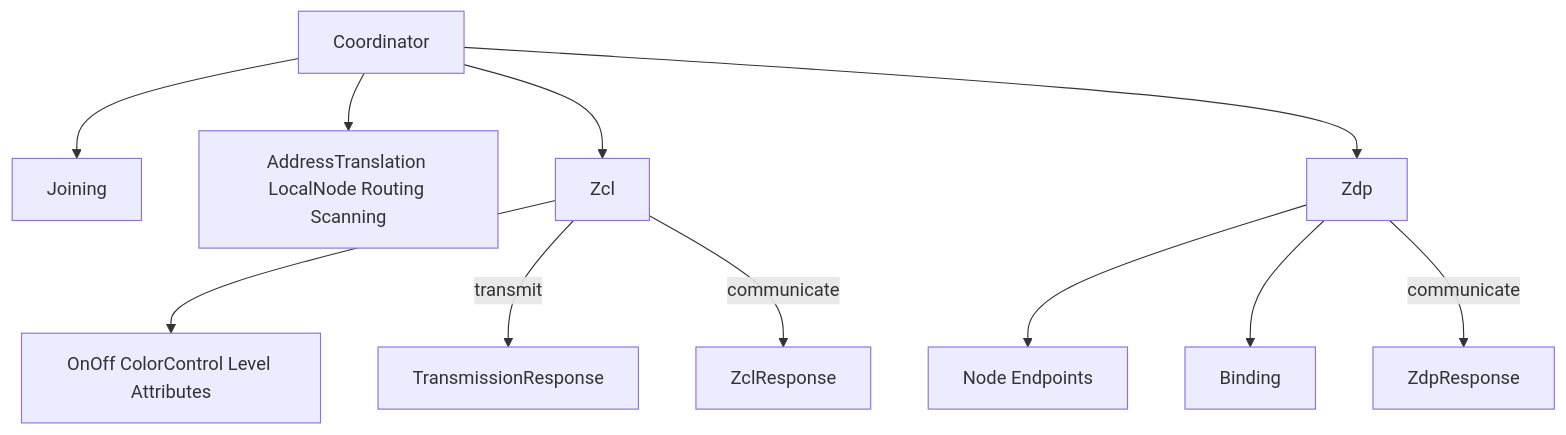
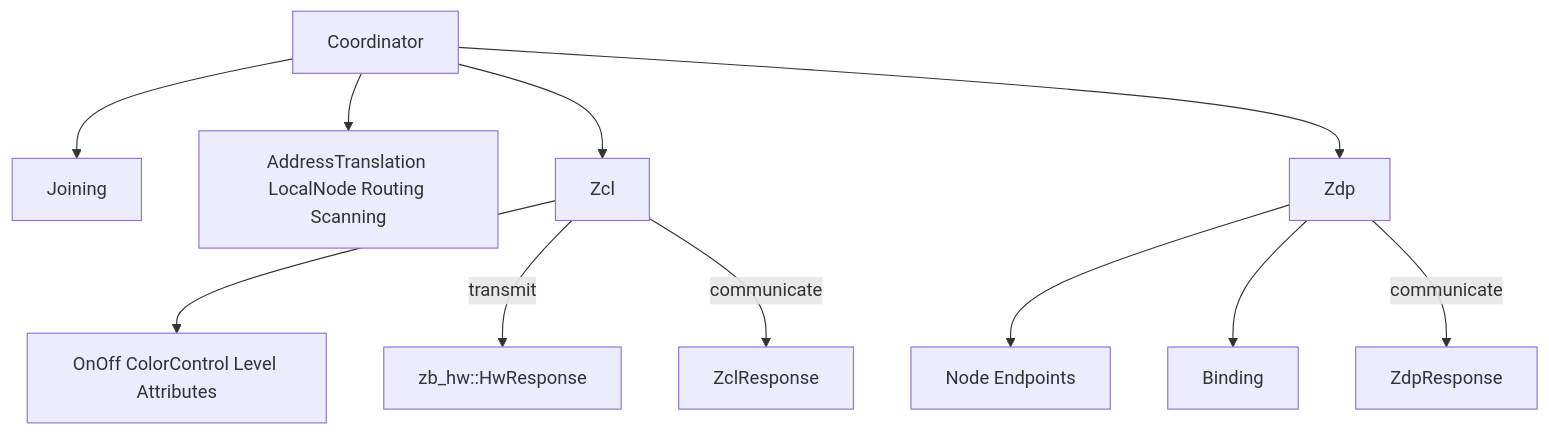
The second of 8 diagrams in coordinator/ARCHITECTURE.md (PaulmannLighting/apis-saltans), drawn with Mermaid before and after one commit. The commit also changed other lines of this file and 21 other files, not shown here.

````diff
--- a/coordinator/ARCHITECTURE.md
+++ b/coordinator/ARCHITECTURE.md
@@ -152,25 +152,25 @@
 ```mermaid
 flowchart TD
     COORD[Coordinator]
     JOIN[Joining]
     HWHELPERS[AddressTranslation LocalNode Routing Scanning]
     ZCL[Zcl]
     ZDP[Zdp]
     CLUSTERS[OnOff ColorControl Level Attributes]
     DISCOVERY[Node Endpoints]
     BIND[Binding]
-    TXR[TransmissionResponse]
+    HWR[zb_hw::HwResponse]
     ZCLR[ZclResponse]
     ZDPR[ZdpResponse]
 
     COORD --> JOIN
     COORD --> HWHELPERS
     COORD --> ZCL
     COORD --> ZDP
     ZCL --> CLUSTERS
     ZDP --> DISCOVERY
     ZDP --> BIND
-    ZCL -->|transmit| TXR
+    ZCL -->|transmit| HWR
     ZCL -->|communicate| ZCLR
     ZDP -->|communicate| ZDPR
 ```
````
